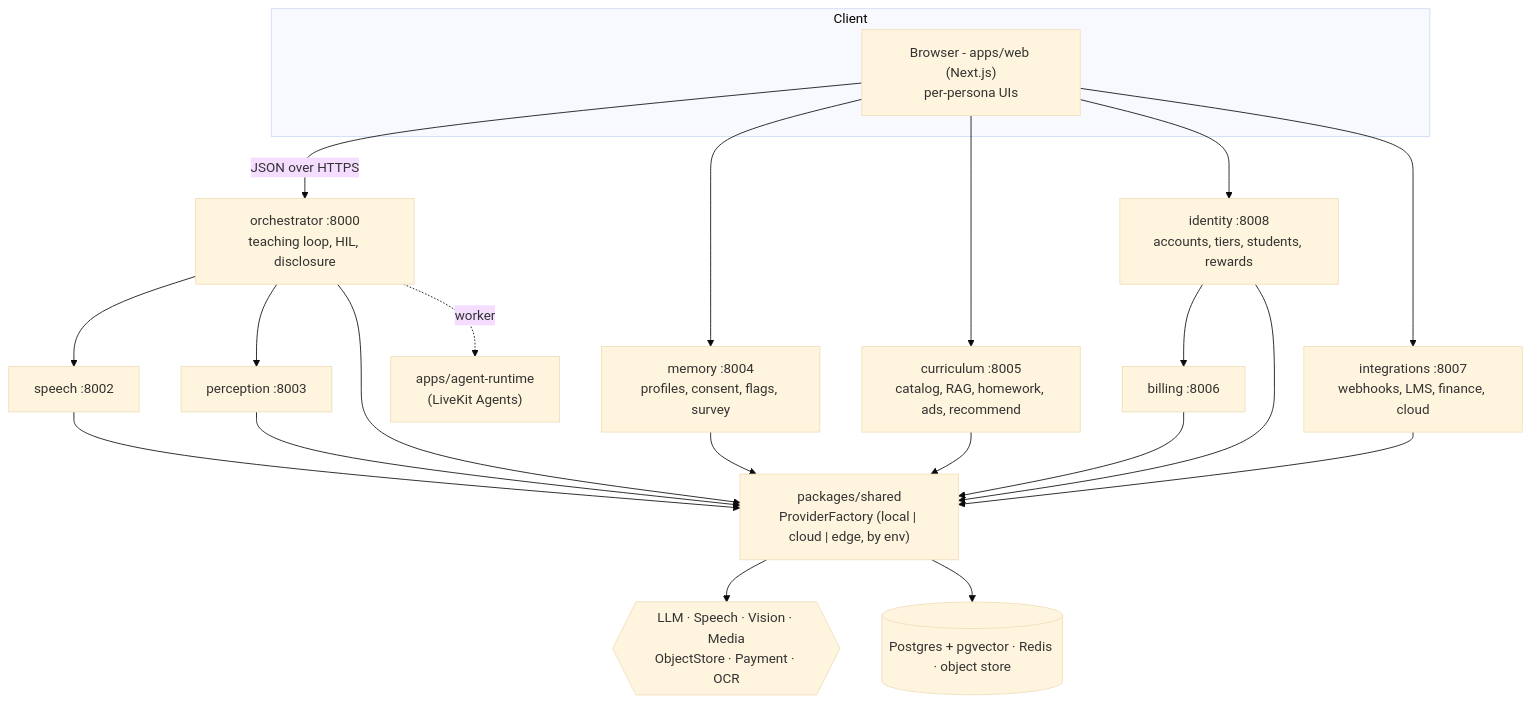
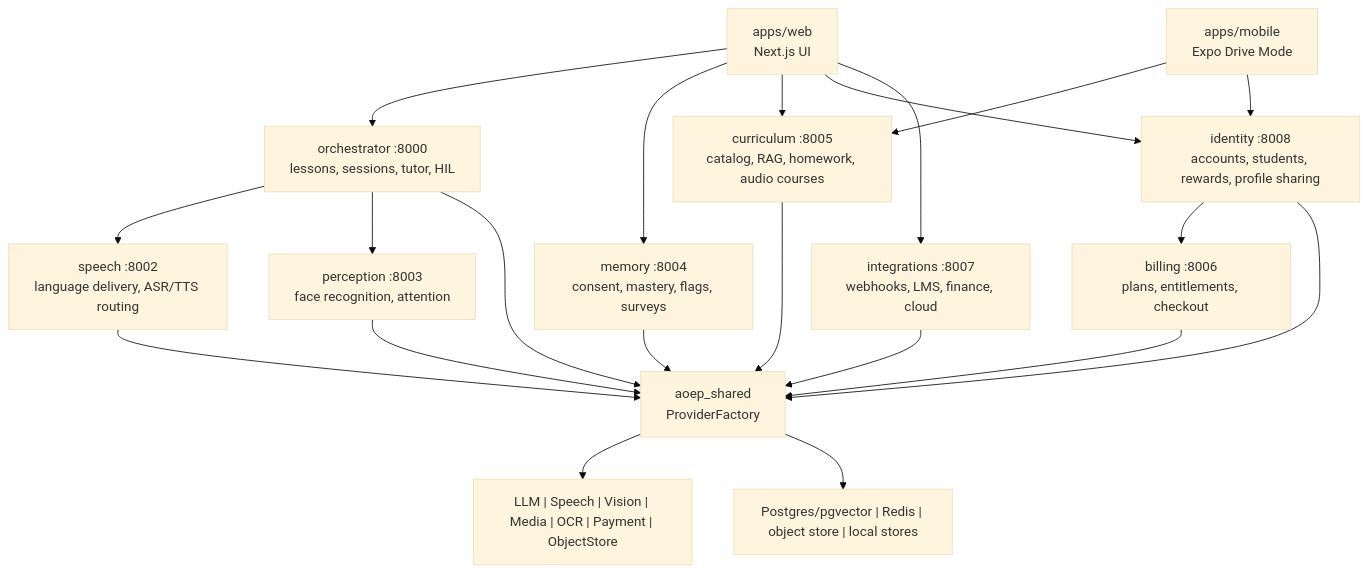
Before and after one commit to Channarith/getschoolled: the first of 3 diagrams in README.md, drawn with Mermaid (base theme). The commit also changed other lines of this file and 2 other files, not shown here.

````diff
--- a/README.md
+++ b/README.md
@@ -408,19 +53,38 @@
 ```mermaid
 flowchart TB
-  subgraph Client
-    WEB["Browser - apps/web (Next.js)<br/>per-persona UIs"]
-  end
-  WEB -->|JSON over HTTPS| ORCH["orchestrator :8000<br/>teaching loop, HIL, disclosure"]
-  WEB --> MEM["memory :8004<br/>profiles, consent, flags, survey"]
-  WEB --> CUR["curriculum :8005<br/>catalog, RAG, homework, ads, recommend"]
-  WEB --> IDN["identity :8008<br/>accounts, tiers, students, rewards"]
-  WEB --> INT["integrations :8007<br/>webhooks, LMS, finance, cloud"]
-  ORCH --> SPC["speech :8002"]
-  ORCH --> PER["perception :8003"]
-  IDN --> BIL["billing :8006"]
+  WEB["apps/web<br/>Next.js UI"]
+  MOBILE["apps/mobile<br/>Expo Drive Mode"]
 
-  ORCH & MEM & CUR & IDN & INT & SPC & PER & BIL --> SHARED["packages/shared<br/>ProviderFactory (local | cloud | edge, by env)"]
-  SHARED --> PROV{{"LLM · Speech · Vision · Media<br/>ObjectStore · Payment · OCR"}}
-  SHARED --> DATA[("Postgres + pgvector · Redis · object store")]
-  ORCH -.worker.-> ART["apps/agent-runtime<br/>(LiveKit Agents)"]
+  ORCH["orchestrator :8000<br/>lessons, sessions, tutor, HIL"]
+  SPEECH["speech :8002<br/>language delivery, ASR/TTS routing"]
+  PER["perception :8003<br/>face recognition, attention"]
+  MEM["memory :8004<br/>consent, mastery, flags, surveys"]
+  CUR["curriculum :8005<br/>catalog, RAG, homework, audio courses"]
+  BILL["billing :8006<br/>plans, entitlements, checkout"]
+  INT["integrations :8007<br/>webhooks, LMS, finance, cloud"]
+  ID["identity :8008<br/>accounts, students, rewards, profile sharing"]
+
+  WEB --> ORCH
+  WEB --> MEM
+  WEB --> CUR
+  WEB --> ID
+  WEB --> INT
+  MOBILE --> CUR
+  MOBILE --> ID
+
+  ORCH --> SPEECH
+  ORCH --> PER
+  ID --> BILL
+
+  ORCH --> SHARED["aoep_shared<br/>ProviderFactory"]
+  SPEECH --> SHARED
+  PER --> SHARED
+  MEM --> SHARED
+  CUR --> SHARED
+  BILL --> SHARED
+  INT --> SHARED
+  ID --> SHARED
+
+  SHARED --> PROVIDERS["LLM | Speech | Vision | Media | OCR | Payment | ObjectStore"]
+  SHARED --> DATA["Postgres/pgvector | Redis | object store | local stores"]
 ```
````
